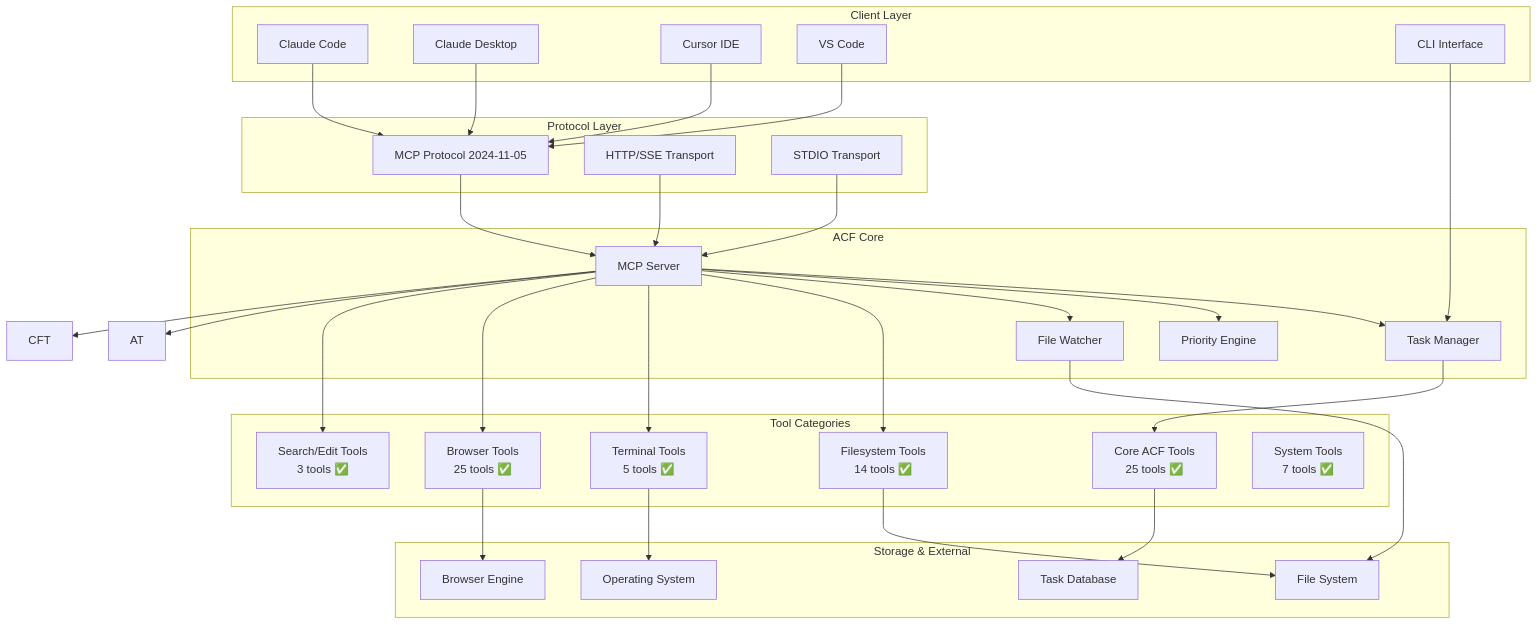
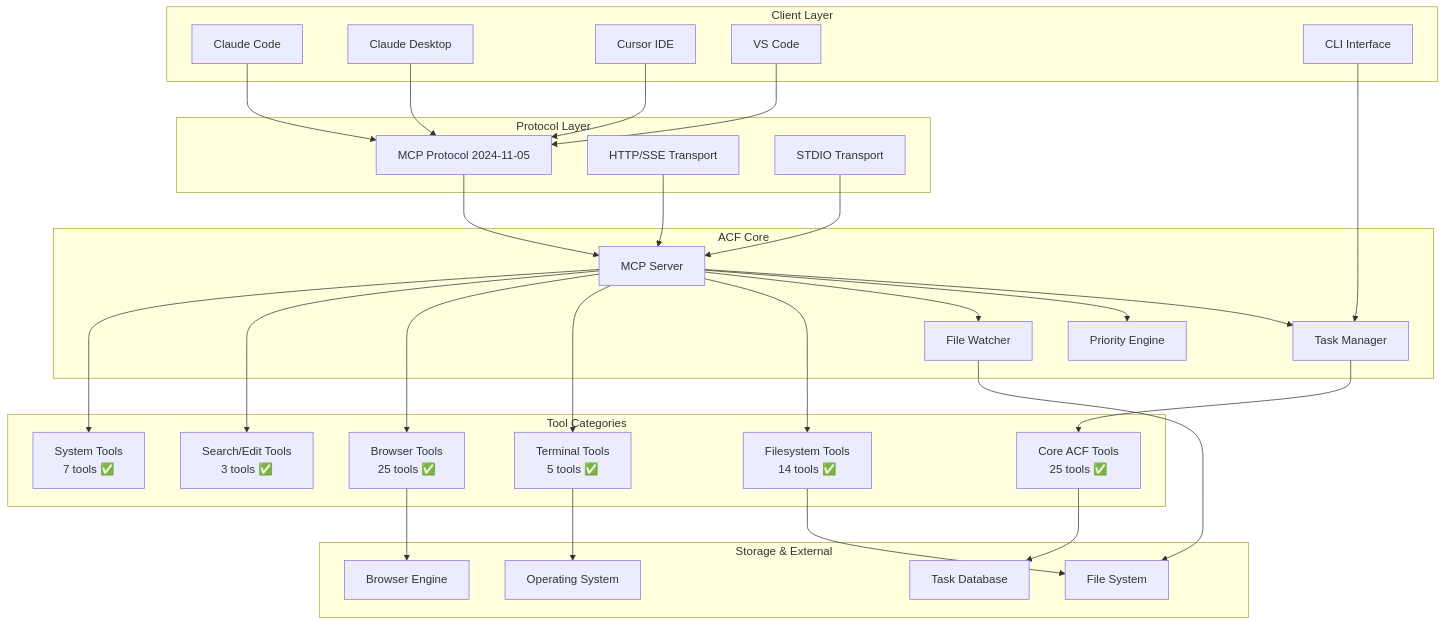
One commit to FutureAtoms/agentic-control-framework changed the first of 4 diagrams in README.md. Above: the diagram before and after it, drawn with Mermaid. The commit also changed other lines of this file and 3 other files, not shown here.

````diff
--- a/README.md
+++ b/README.md
@@ -23,67 +23,66 @@
 ```mermaid
 graph TB
     subgraph "Client Layer"
         CC[Claude Code]
         CD[Claude Desktop]
         CU[Cursor IDE]
         VS[VS Code]
         CLI[CLI Interface]
     end
 
     subgraph "Protocol Layer"
         MCP[MCP Protocol 2024-11-05]
         HTTP[HTTP/SSE Transport]
         STDIO[STDIO Transport]
     end
 
     subgraph "ACF Core"
         MS[MCP Server]
         TM[Task Manager]
         PE[Priority Engine]
         FW[File Watcher]
     end
 
     subgraph "Tool Categories"
         CT[Core ACF Tools<br/>25 tools ✅]
         FT[Filesystem Tools<br/>14 tools ✅]
         TT[Terminal Tools<br/>5 tools ✅]
         BT[Browser Tools<br/>25 tools ✅]
         ST[Search/Edit Tools<br/>3 tools ✅]
         SYS[System Tools<br/>7 tools ✅]
     end
 
     subgraph "Storage & External"
         FS[File System]
         DB[Task Database]
         BR[Browser Engine]
         OS[Operating System]
     end
 
     CC --> MCP
     CD --> MCP
     CU --> MCP
     VS --> MCP
     CLI --> TM
 
     MCP --> MS
     HTTP --> MS
     STDIO --> MS
 
     MS --> TM
     MS --> PE
     MS --> FW
 
     TM --> CT
     MS --> FT
     MS --> TT
     MS --> BT
     MS --> ST
-    MS --> AT
-    MS --> CFT
+    MS --> SYS
 
     CT --> DB
     FT --> FS
     TT --> OS
     BT --> BR
     FW --> FS
 ```
````
